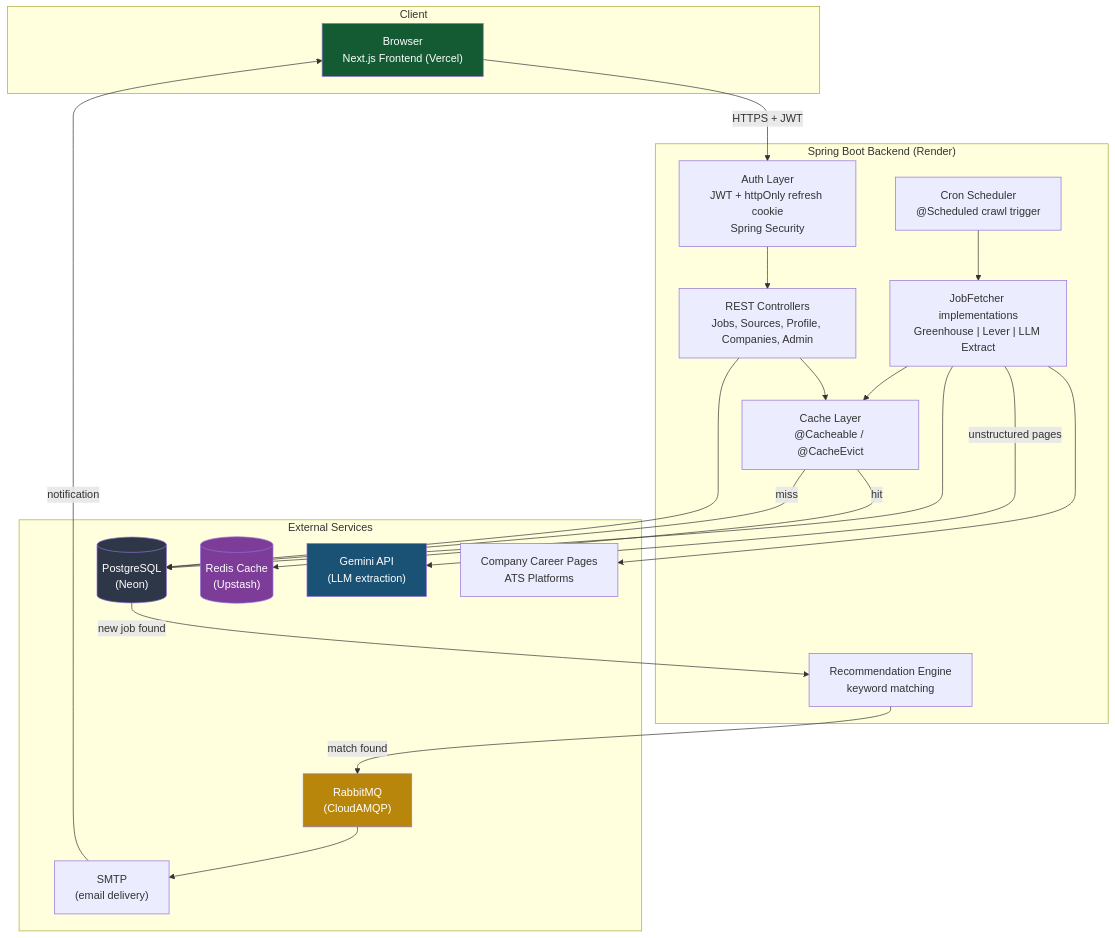
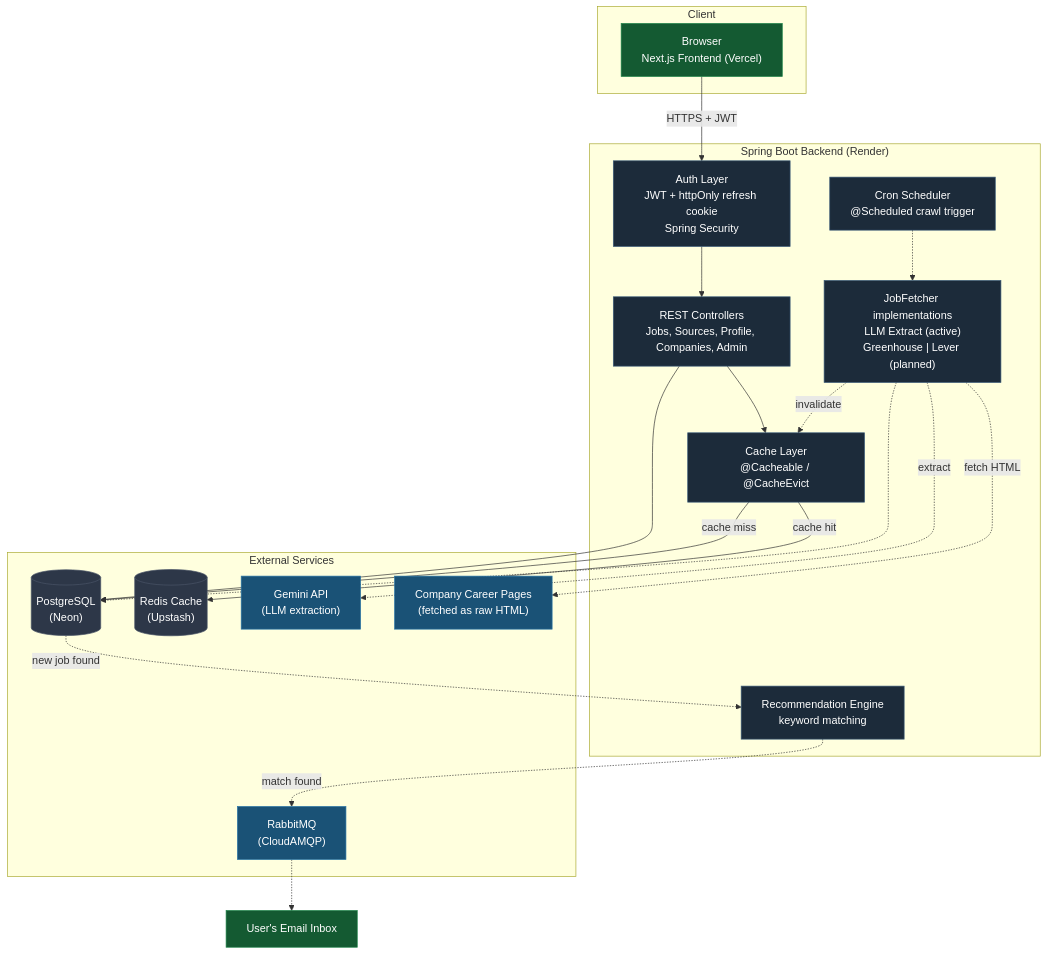
The first of 3 diagrams in README.md (Laxman-Nath/Jobs-Scraper), drawn with Mermaid before and after one commit. The commit also changed other lines of this file, not shown here.

Commit message:
docs(readme): restructure architecture section with overview and split flow diagrams

````diff
--- a/README.md
+++ b/README.md
@@ -30,48 +30,51 @@
 ```mermaid
 flowchart TB
     subgraph Client["Client"]
         Browser["Browser\nNext.js Frontend (Vercel)"]
     end
 
     subgraph Backend["Spring Boot Backend (Render)"]
         Auth["Auth Layer\nJWT + httpOnly refresh cookie\nSpring Security"]
         API["REST Controllers\nJobs, Sources, Profile, Companies, Admin"]
         Cache["Cache Layer\n@Cacheable / @CacheEvict"]
-        Fetchers["JobFetcher implementations\nGreenhouse | Lever | LLM Extract"]
         Sched["Cron Scheduler\n@Scheduled crawl trigger"]
+        Fetchers["JobFetcher implementations\nLLM Extract (active)\nGreenhouse | Lever (planned)"]
         Match["Recommendation Engine\nkeyword matching"]
     end
 
     subgraph External["External Services"]
         Neon[("PostgreSQL\n(Neon)")]
         Redis[("Redis Cache\n(Upstash)")]
         RMQ["RabbitMQ\n(CloudAMQP)"]
         Gemini["Gemini API\n(LLM extraction)"]
-        SMTP["SMTP\n(email delivery)"]
-        Careers["Company Career Pages\nATS Platforms"]
+        Careers["Company Career Pages\n(fetched as raw HTML)"]
     end
+
+    Inbox["User's Email Inbox"]
 
     Browser -->|HTTPS + JWT| Auth
     Auth --> API
     API --> Cache
-    Cache -->|hit| Redis
-    Cache -->|miss| Neon
+    Cache -->|cache hit| Redis
+    Cache -->|cache miss| Neon
     API --> Neon
 
-    Sched --> Fetchers
-    Fetchers --> Careers
-    Fetchers -->|unstructured pages| Gemini
-    Fetchers --> Neon
-    Fetchers --> Cache
+    Sched -.-> Fetchers
+    Fetchers -.->|fetch HTML| Careers
+    Fetchers -.->|extract| Gemini
+    Fetchers -.-> Neon
+    Fetchers -.->|invalidate| Cache
+    Neon -.->|new job found| Match
+    Match -.->|match found| RMQ
+    RMQ -.-> Inbox
 
-    Neon -->|new job found| Match
-    Match -->|match found| RMQ
-    RMQ --> SMTP
-    SMTP -->|notification| Browser
+    classDef backend fill:#1c2b3a,color:#fff,stroke:#3a5a78,stroke-width:1px
+    classDef store fill:#2d3748,color:#fff,stroke:#4a5568,stroke-width:1px
+    classDef external fill:#1a5276,color:#fff,stroke:#2874a6,stroke-width:1px
+    classDef client fill:#145a32,color:#fff,stroke:#1e8449,stroke-width:1px
 
-    style Neon fill:#2d3748,color:#fff
-    style Redis fill:#7d3c98,color:#fff
-    style RMQ fill:#b8860b,color:#fff
-    style Gemini fill:#1a5276,color:#fff
-    style Browser fill:#145a32,color:#fff
+    class Auth,API,Cache,Sched,Fetchers,Match backend
+    class Neon,Redis store
+    class RMQ,Gemini,Careers external
+    class Browser,Inbox client
 ```
````
